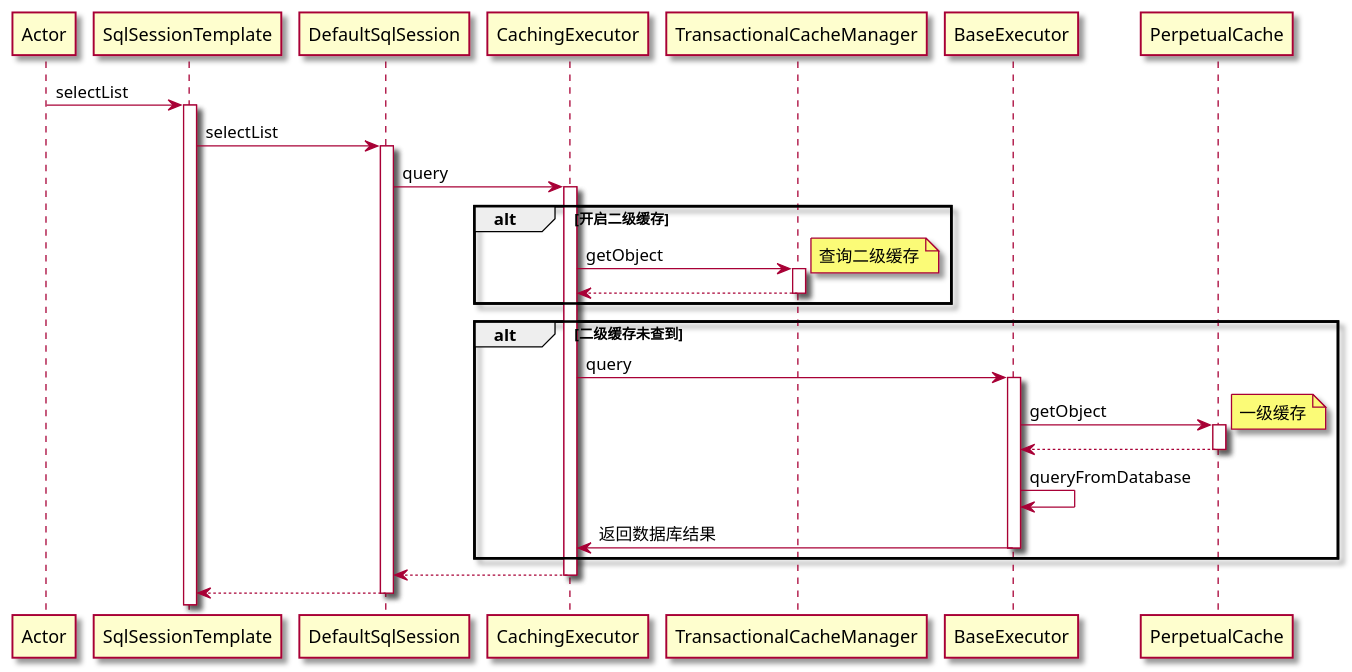
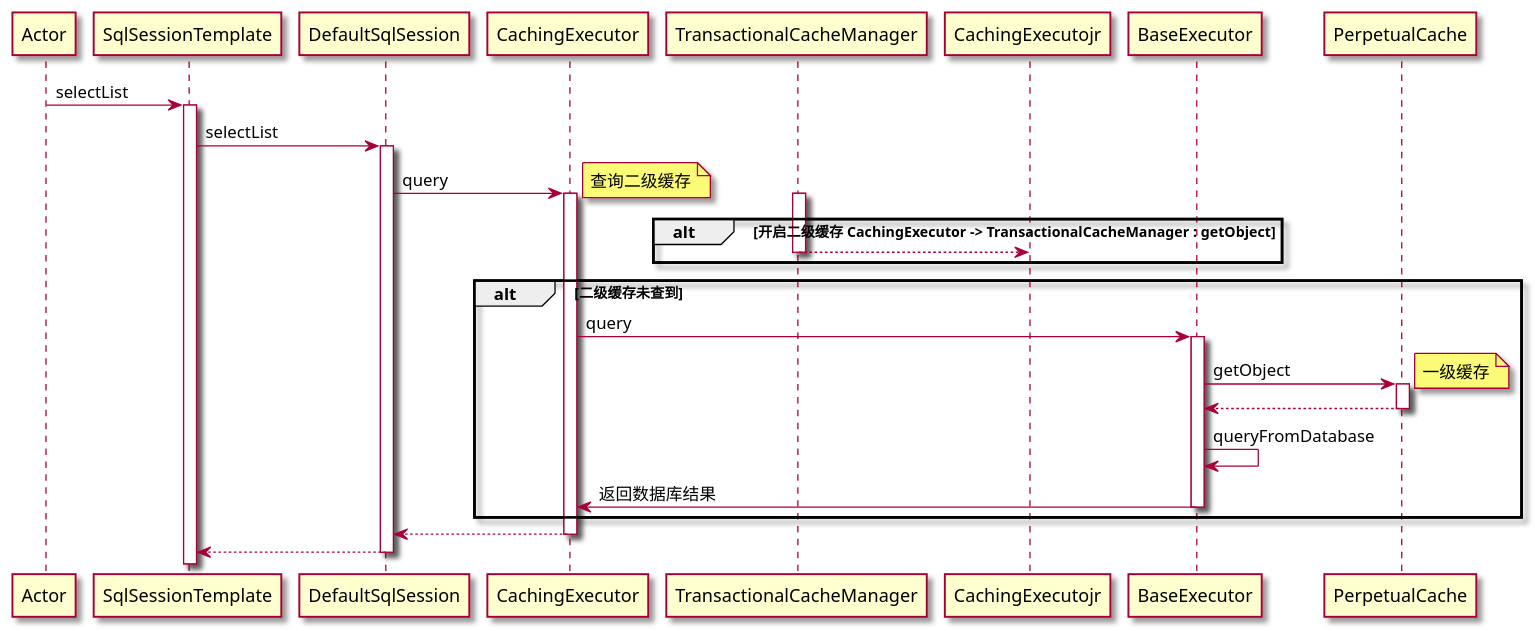
Before and after one commit to mycf/mianshi: the diagram in 框架/mybatis/缓存.md, drawn with PlantUML. The commit also changed other lines of this file, not shown here.

Commit message:
vault backup: 2024-01-30 19:32:01

````diff
--- a/框架/mybatis/缓存.md
+++ b/框架/mybatis/缓存.md
@@ -34,46 +35,45 @@
 ```plantuml
 @startuml
 skin rose
 participant Actor
 Actor -> SqlSessionTemplate : selectList
 activate SqlSessionTemplate
 SqlSessionTemplate -> DefaultSqlSession : selectList
 activate DefaultSqlSession
 ' DefaultSqlSession -> Configuration : getMappedStatement
 ' activate Configuration
-' Configuration --> DefaultSqlSession
+' Cojjnfiguration --> DefaultSqlSession
 ' deactivate Configuration
 ' DefaultSqlSession -> DefaultSqlSession : wrapCollection
 ' activate DefaultSqlSession
 ' DefaultSqlSession --> DefaultSqlSession
 ' deactivate DefaultSqlSession
 DefaultSqlSession -> CachingExecutor : query
-activate CachingExecutor
-alt 开启二级缓存
-CachingExecutor -> TransactionalCacheManager : getObject
+activate CachingExecutor 
+alt 开启二级缓存 CachingExecutor -> TransactionalCacheManager : getObject 
 note right
 查询二级缓存
 end note
 activate TransactionalCacheManager
-TransactionalCacheManager --> CachingExecutor
+TransactionalCacheManager --> CachingExecutojr
 deactivate TransactionalCacheManager
 end
 alt 二级缓存未查到
 CachingExecutor -> BaseExecutor : query
 activate BaseExecutor
 BaseExecutor -> PerpetualCache : getObject
 activate PerpetualCache
 note right
 一级缓存
 end note
 PerpetualCache --> BaseExecutor
 deactivate PerpetualCache
 BaseExecutor -> BaseExecutor : queryFromDatabase
 BaseExecutor -> CachingExecutor : 返回数据库结果
 deactivate BaseExecutor
 end
 CachingExecutor --> DefaultSqlSession
 deactivate CachingExecutor
 return
 @enduml
 ```
````
